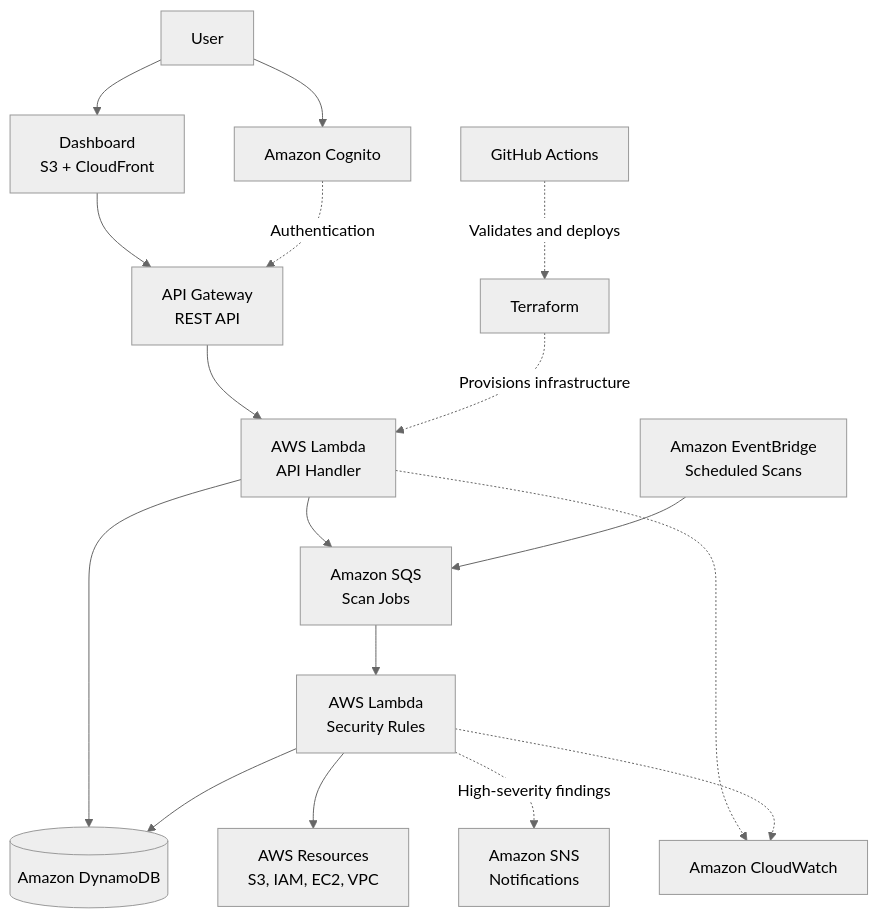
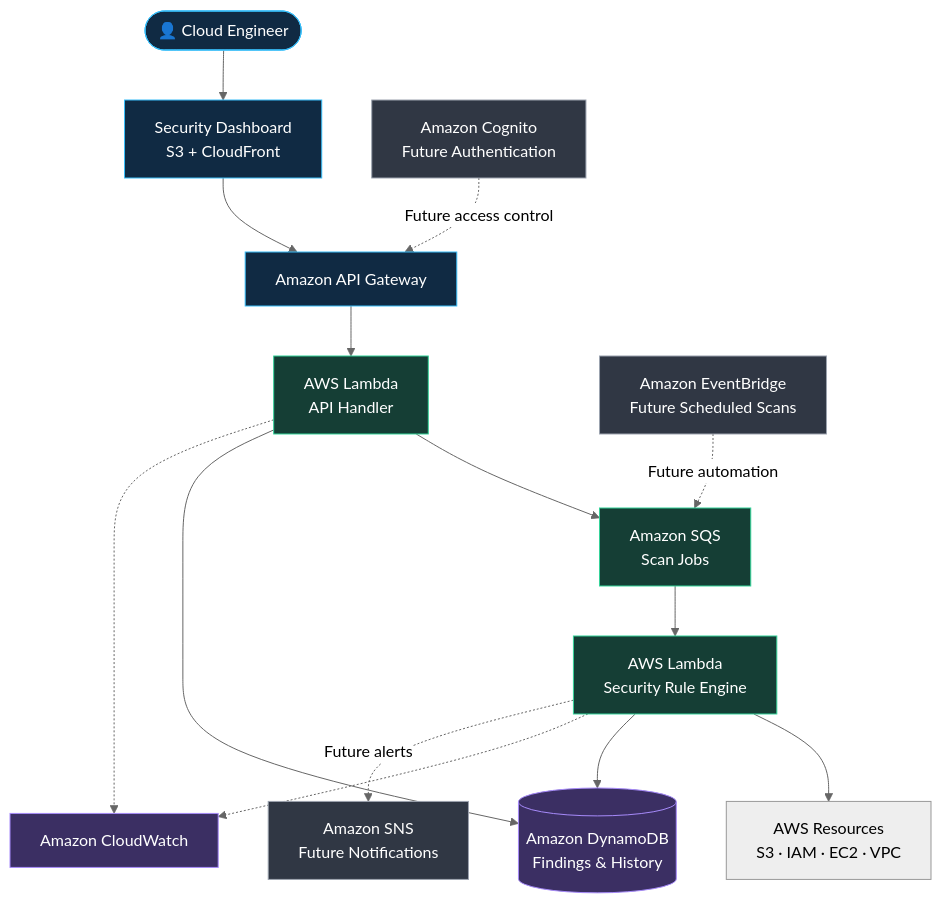
One commit to subhajitajodhya-dotcom/cloudguard-aws changed the diagram in README.md. Above: the diagram before and after it, drawn with Mermaid (neutral theme). The commit also changed other lines of this file, not shown here.

````diff
--- a/README.md
+++ b/README.md
@@ -140,34 +89,39 @@
 ```mermaid
-flowchart TD
-    USER["User"]
-    UI["Dashboard<br/>S3 + CloudFront"]
-    AUTH["Amazon Cognito"]
-    REST["API Gateway<br/>REST API"]
-    API["AWS Lambda<br/>API Handler"]
+flowchart TB
+    USER(["👤 Cloud Engineer"])
+    UI["Security Dashboard<br/>S3 + CloudFront"]
+    AUTH["Amazon Cognito<br/>Future Authentication"]
+    API["Amazon API Gateway"]
+    HANDLER["AWS Lambda<br/>API Handler"]
     QUEUE["Amazon SQS<br/>Scan Jobs"]
-    SCHEDULE["Amazon EventBridge<br/>Scheduled Scans"]
-    SCANNER["AWS Lambda<br/>Security Rules"]
-    TARGET["AWS Resources<br/>S3, IAM, EC2, VPC"]
-    DB[("Amazon DynamoDB")]
-    ALERT["Amazon SNS<br/>Notifications"]
-    LOGS["Amazon CloudWatch"]
-    TF["Terraform"]
-    CI["GitHub Actions"]
+    SCANNER["AWS Lambda<br/>Security Rule Engine"]
+    AWS["AWS Resources<br/>S3 · IAM · EC2 · VPC"]
+    DB[("Amazon DynamoDB<br/>Findings & History")]
+    SCHEDULE["Amazon EventBridge<br/>Future Scheduled Scans"]
+    MONITOR["Amazon CloudWatch"]
+    ALERTS["Amazon SNS<br/>Future Notifications"]
 
     USER --> UI
-    USER --> AUTH
-    UI --> REST
-    AUTH -. "Authentication" .-> REST
-    REST --> API
-    API --> DB
-    API --> QUEUE
-    SCHEDULE --> QUEUE
+    UI --> API
+    AUTH -. "Future access control" .-> API
+    API --> HANDLER
+    HANDLER --> QUEUE
     QUEUE --> SCANNER
-    SCANNER --> TARGET
+    SCANNER --> AWS
     SCANNER --> DB
-    SCANNER -. "High-severity findings" .-> ALERT
-    API -.-> LOGS
-    SCANNER -.-> LOGS
-    TF -. "Provisions infrastructure" .-> API
-    CI -. "Validates and deploys" .-> TF
+    HANDLER --> DB
+    SCHEDULE -. "Future automation" .-> QUEUE
+    SCANNER -.-> MONITOR
+    HANDLER -.-> MONITOR
+    SCANNER -. "Future alerts" .-> ALERTS
+
+    classDef entry fill:#102A43,stroke:#38BDF8,color:#FFFFFF
+    classDef compute fill:#153E35,stroke:#34D399,color:#FFFFFF
+    classDef storage fill:#3B2F63,stroke:#A78BFA,color:#FFFFFF
+    classDef future fill:#303744,stroke:#9CA3AF,color:#FFFFFF
+
+    class USER,UI,API entry
+    class HANDLER,SCANNER,QUEUE compute
+    class DB,MONITOR storage
+    class AUTH,SCHEDULE,ALERTS future
 ```
````
